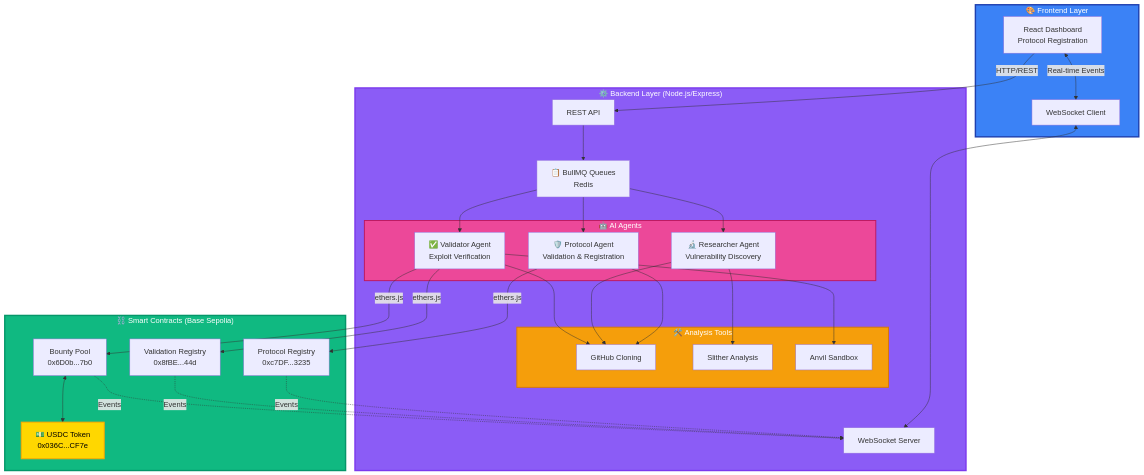
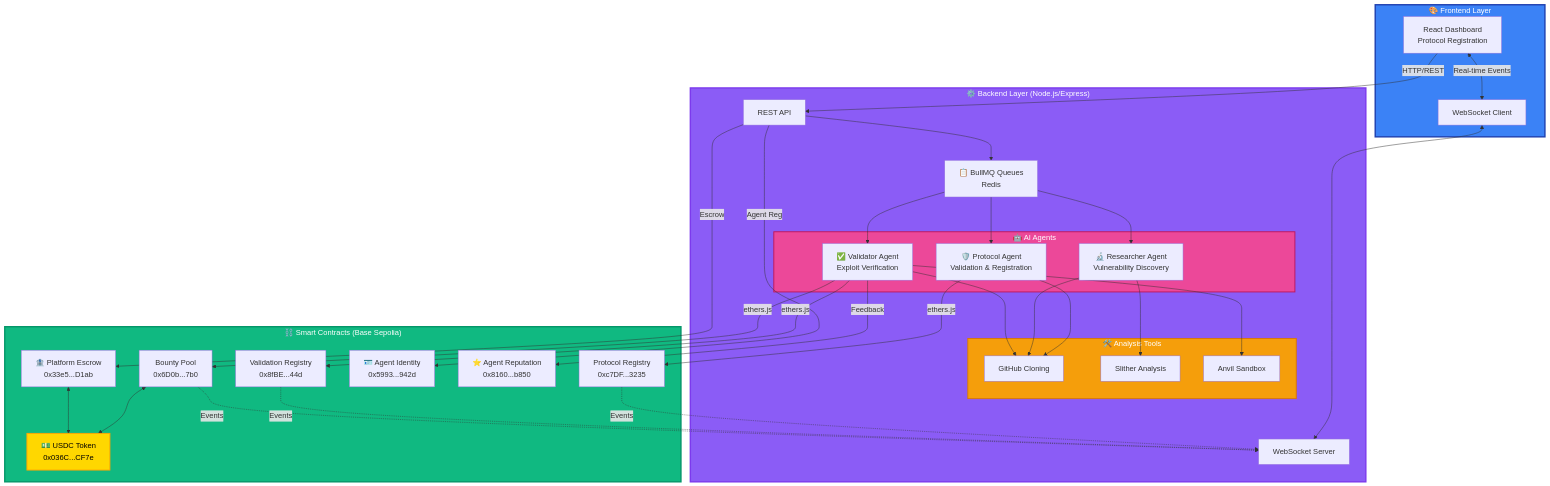
Before and after one commit to jul1angr1s/AI_Bug_Bountry_App: the seventh of 11 diagrams in README.md, drawn with Mermaid. The commit also changed other lines of this file and 2 other files, not shown here.

First line of the commit message:
docs: update READMEs with ERC-8004 agent economy and x.402 payment gating

````diff
--- a/README.md
+++ b/README.md
@@ -490,64 +527,71 @@
 ```mermaid
 graph TB
     subgraph Frontend["🎨 Frontend Layer"]
         UI[React Dashboard<br/>Protocol Registration]
         WS[WebSocket Client]
     end
 
     subgraph Backend["⚙️ Backend Layer (Node.js/Express)"]
         API[REST API]
         WSServer[WebSocket Server]
 
         subgraph Agents["🤖 AI Agents"]
             PA[🛡️ Protocol Agent<br/>Validation & Registration]
             RA[🔬 Researcher Agent<br/>Vulnerability Discovery]
             VA[✅ Validator Agent<br/>Exploit Verification]
         end
 
         Queue[📋 BullMQ Queues<br/>Redis]
 
         subgraph Tools["🛠️ Analysis Tools"]
             GH[GitHub Cloning]
             SL[Slither Analysis]
             AV[Anvil Sandbox]
         end
     end
 
     subgraph Blockchain["⛓️ Smart Contracts (Base Sepolia)"]
         PR[Protocol Registry<br/>0xc7DF...3235]
         VR[Validation Registry<br/>0x8fBE...44d]
         BP[Bounty Pool<br/>0x6D0b...7b0]
+        AIR[🪪 Agent Identity<br/>0x5993...942d]
+        ARR[⭐ Agent Reputation<br/>0x8160...b850]
+        PE[🏦 Platform Escrow<br/>0x33e5...D1ab]
         USDC[💵 USDC Token<br/>0x036C...CF7e]
     end
 
     UI -->|HTTP/REST| API
     UI <-->|Real-time Events| WS
     WS <--> WSServer
 
     API --> Queue
     Queue --> PA
     Queue --> RA
     Queue --> VA
 
     PA --> GH
     RA --> GH
     RA --> SL
     VA --> GH
     VA --> AV
 
     PA -->|ethers.js| PR
     VA -->|ethers.js| VR
     VA -->|ethers.js| BP
+    API -->|Agent Reg| AIR
+    VA -->|Feedback| ARR
+    API -->|Escrow| PE
     BP <--> USDC
+    PE <--> USDC
 
     PR -.->|Events| WSServer
     VR -.->|Events| WSServer
     BP -.->|Events| WSServer
 
     style Frontend fill:#3B82F6,stroke:#1E40AF,stroke-width:3px,color:#fff
     style Backend fill:#8B5CF6,stroke:#7C3AED,stroke-width:3px,color:#fff
     style Blockchain fill:#10B981,stroke:#059669,stroke-width:3px,color:#fff
     style Agents fill:#EC4899,stroke:#BE185D,stroke-width:2px,color:#fff
     style Tools fill:#F59E0B,stroke:#D97706,stroke-width:2px,color:#fff
     style USDC fill:#FFD700,stroke:#FFA500,stroke-width:2px,color:#000
 ```
````
